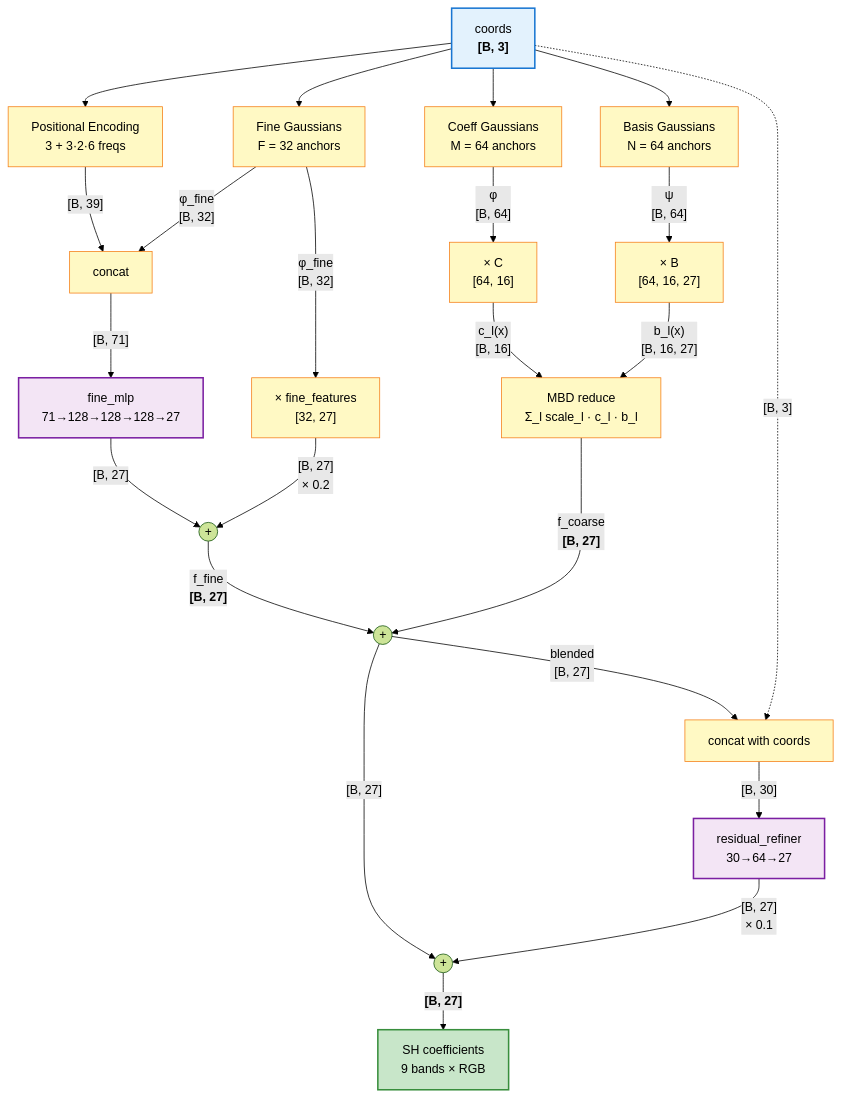
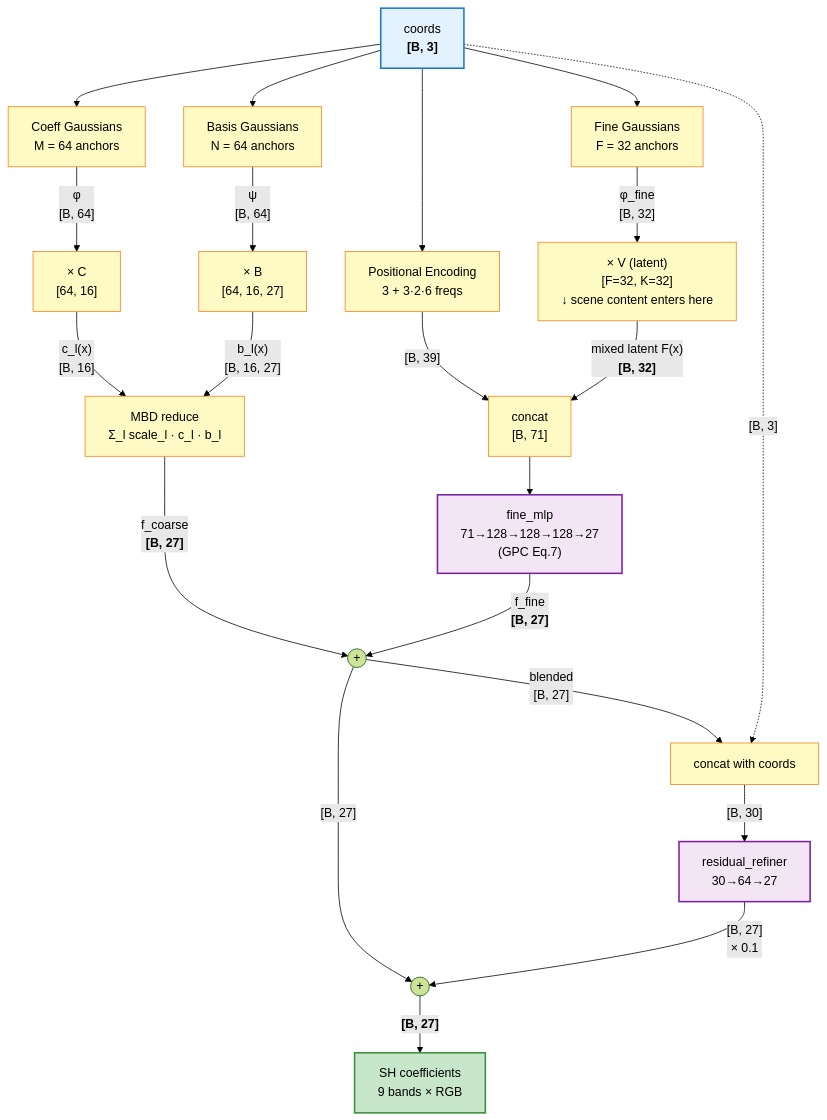
Before and after one commit to Suzunei/Lighting_data_compression: the first of 3 diagrams in README.md, drawn with Mermaid (forest theme). The commit also changed other lines of this file and 6 other files, not shown here.

````diff
--- a/README.md
+++ b/README.md
@@ -37,36 +37,33 @@
 ```mermaid
 flowchart TD
     INPUT["coords<br/><b>[B, 3]</b>"]:::input
 
     INPUT --> PE["Positional Encoding<br/>3 + 3·2·6 freqs"]:::op
     INPUT --> COEFF_G["Coeff Gaussians<br/>M = 64 anchors"]:::op
     INPUT --> BASIS_G["Basis Gaussians<br/>N = 64 anchors"]:::op
     INPUT --> FINE_G["Fine Gaussians<br/>F = 32 anchors"]:::op
 
-    PE -->|"[B, 39]"| CAT
-    FINE_G -->|"φ_fine<br/>[B, 32]"| CAT["concat"]:::op
-    FINE_G -->|"φ_fine<br/>[B, 32]"| FINTERP["× fine_features<br/>[32, 27]"]:::op
-
-    CAT -->|"[B, 71]"| FMLP["fine_mlp<br/>71→128→128→128→27"]:::mlp
-    FMLP -->|"[B, 27]"| FADD(("+"))
-    FINTERP -->|"[B, 27]<br/>× 0.2"| FADD
-    FADD -->|"f_fine<br/><b>[B, 27]</b>"| BLEND(("+"))
-
     COEFF_G -->|"φ<br/>[B, 64]"| MC["× C<br/>[64, 16]"]:::op
     BASIS_G -->|"ψ<br/>[B, 64]"| MB["× B<br/>[64, 16, 27]"]:::op
     MC -->|"c_l(x)<br/>[B, 16]"| MBD["MBD reduce<br/>Σ_l scale_l · c_l · b_l"]:::op
     MB -->|"b_l(x)<br/>[B, 16, 27]"| MBD
-    MBD -->|"f_coarse<br/><b>[B, 27]</b>"| BLEND
+    MBD -->|"f_coarse<br/><b>[B, 27]</b>"| BLEND(("+"))
+
+    FINE_G -->|"φ_fine<br/>[B, 32]"| MIX["× V (latent)<br/>[F=32, K=32]<br/>↓ scene content enters here"]:::op
+    PE -->|"[B, 39]"| CAT["concat<br/>[B, 71]"]:::op
+    MIX -->|"mixed latent F(x)<br/><b>[B, 32]</b>"| CAT
+    CAT --> FMLP["fine_mlp<br/>71→128→128→128→27<br/>(GPC Eq.7)"]:::mlp
+    FMLP -->|"f_fine<br/><b>[B, 27]</b>"| BLEND
 
     BLEND -->|"blended<br/>[B, 27]"| REFCAT["concat with coords"]:::op
     INPUT -.->|"[B, 3]"| REFCAT
     REFCAT -->|"[B, 30]"| REF["residual_refiner<br/>30→64→27"]:::mlp
     BLEND -->|"[B, 27]"| FINAL(("+"))
     REF -->|"[B, 27]<br/>× 0.1"| FINAL
     FINAL -->|"<b>[B, 27]</b>"| OUT["SH coefficients<br/>9 bands × RGB"]:::output
 
     classDef input fill:#e3f2fd,stroke:#1976d2,stroke-width:2px
     classDef output fill:#c8e6c9,stroke:#388e3c,stroke-width:2px
     classDef op fill:#fff9c4,stroke:#f57f17
     classDef mlp fill:#f3e5f5,stroke:#7b1fa2,stroke-width:2px
 ```
````
